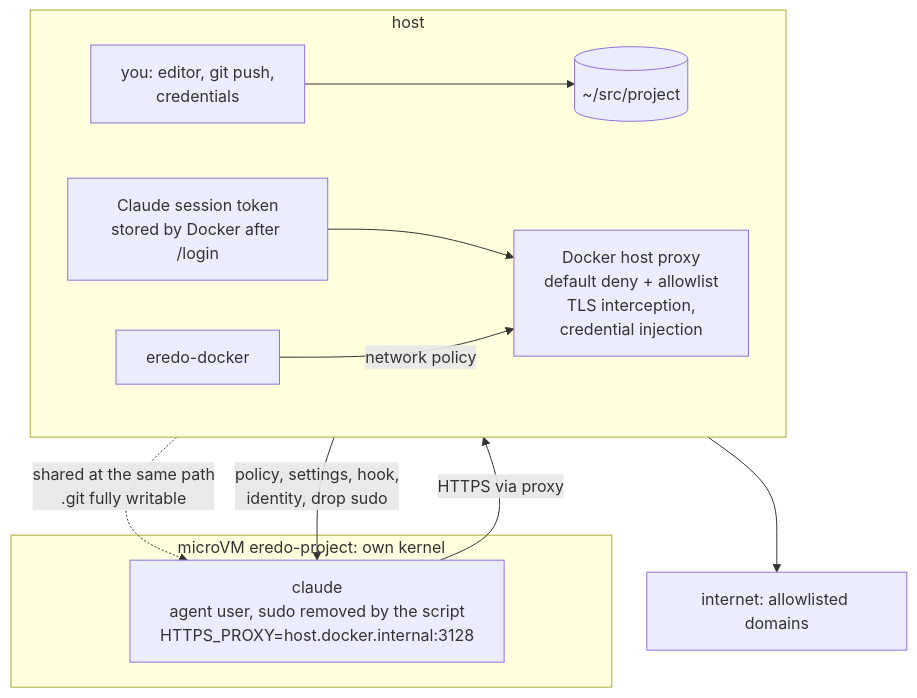
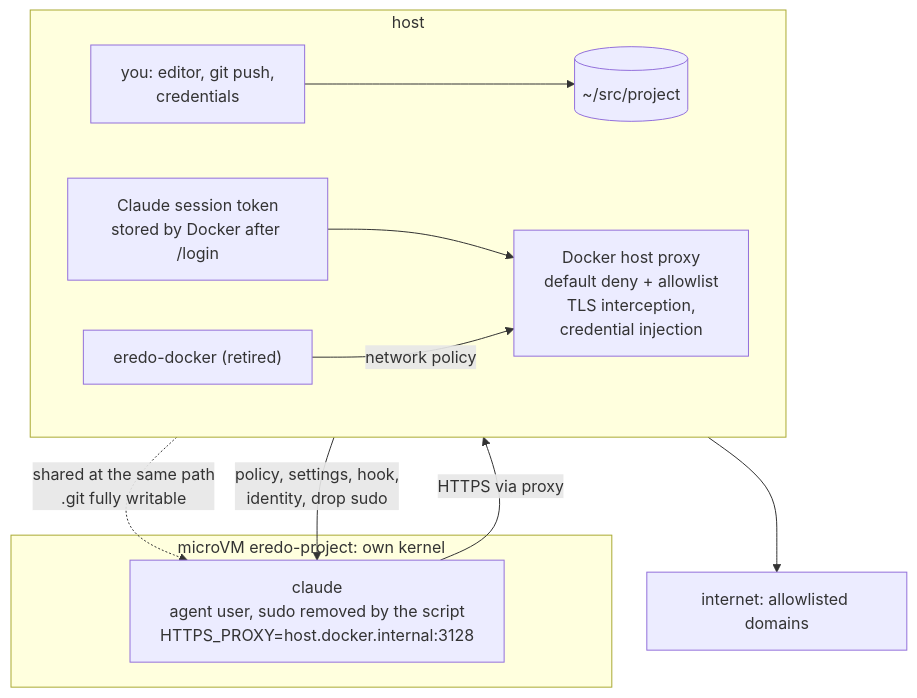
The second of 7 diagrams in ARCHITECTURE.md (marhaasa/eredo), drawn with Mermaid before and after one commit. The commit also changed other lines of this file and 8 other files, not shown here.

Commit message:
0.3.1: retire the eredo-docker twin; document Docker Sandboxes as the option for untrusted or unattended work

````diff
--- a/ARCHITECTURE.md
+++ b/ARCHITECTURE.md
@@ -55,22 +57,22 @@
 ```mermaid
 flowchart TB
   subgraph host["host"]
     direction LR
     you["you: editor, git push,<br/>credentials"]
     repo[("~/src/project")]
     cred["Claude session token<br/>stored by Docker after /login"]
     dproxy["Docker host proxy<br/>default deny + allowlist<br/>TLS interception,<br/>credential injection"]
-    script["eredo-docker"]
+    script["eredo-docker (retired)"]
     you --> repo
     cred --> dproxy
   end
   subgraph mvm["microVM eredo-project: own kernel"]
     agent["claude<br/>agent user, sudo removed by the script<br/>HTTPS_PROXY=host.docker.internal:3128"]
   end
   net["internet: allowlisted domains"]
   repo -. "shared at the same path<br/>.git fully writable" .-> agent
   script -- "policy, settings, hook,<br/>identity, drop sudo" --> agent
   script -- "network policy" --> dproxy
   agent -- "HTTPS via proxy" --> dproxy
   dproxy --> net
 ```
````
